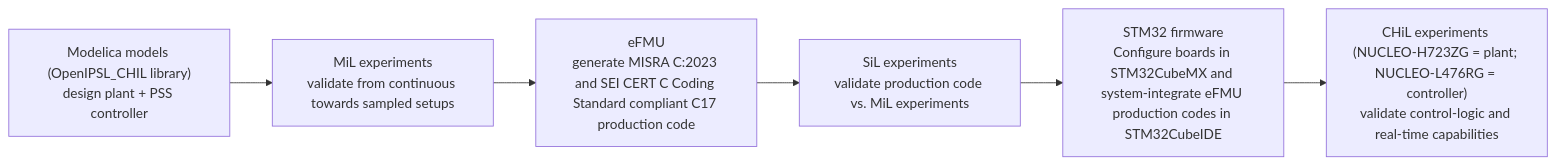
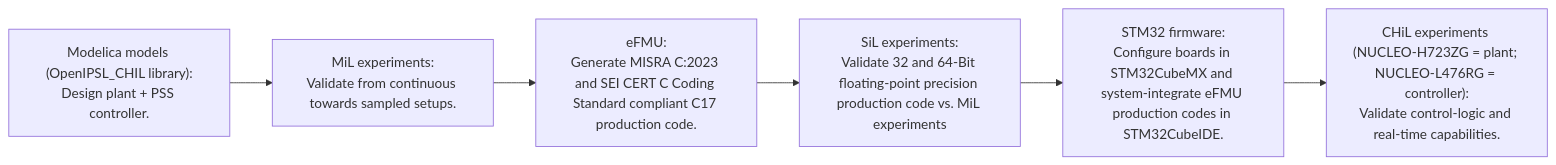
Before and after one commit to ALSETLab/efmi-pss-use-case: the diagram in README.md, drawn with Mermaid.

Commit message:
Improved workflow diagram.

````diff
--- a/README.md
+++ b/README.md
@@ -39,8 +39,8 @@
 ```mermaid
 flowchart LR
-  A["Modelica models (OpenIPSL_CHIL library)<br/>design plant + PSS controller"] --> B["MiL experiments<br/>validate from continuous towards sampled setups"]
-  B --> C["eFMU<br/>generate MISRA C:2023 and SEI CERT C Coding Standard compliant C17 production code"]
-  C --> D["SiL experiments<br/>validate production code vs. MiL experiments"]
-  D --> E["STM32 firmware<br/>Configure boards in STM32CubeMX and system-integrate eFMU production codes in STM32CubeIDE"]
-  E --> F["CHiL experiments (NUCLEO-H723ZG = plant; NUCLEO-L476RG = controller)<br/>validate control-logic and real-time capabilities"]
+  A["Modelica models (OpenIPSL_CHIL library):<br/>Design plant + PSS controller."] --> B["MiL experiments:<br/>Validate from continuous towards sampled setups."]
+  B --> C["eFMU:<br/>Generate MISRA C:2023 and SEI CERT C Coding Standard compliant C17 production code."]
+  C --> D["SiL experiments:<br/>Validate 32 and 64-Bit floating-point precision production code vs. MiL experiments"]
+  D --> E["STM32 firmware:<br/>Configure boards in STM32CubeMX and system-integrate eFMU production codes in STM32CubeIDE."]
+  E --> F["CHiL experiments (NUCLEO-H723ZG = plant; NUCLEO-L476RG = controller):<br/>Validate control-logic and real-time capabilities."]
 ```
````
